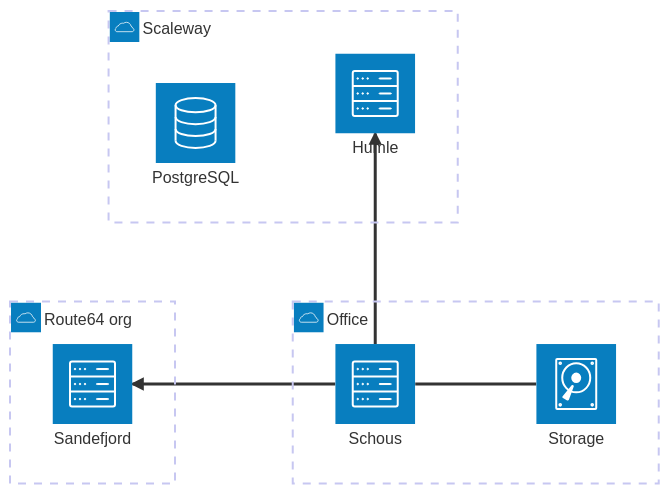
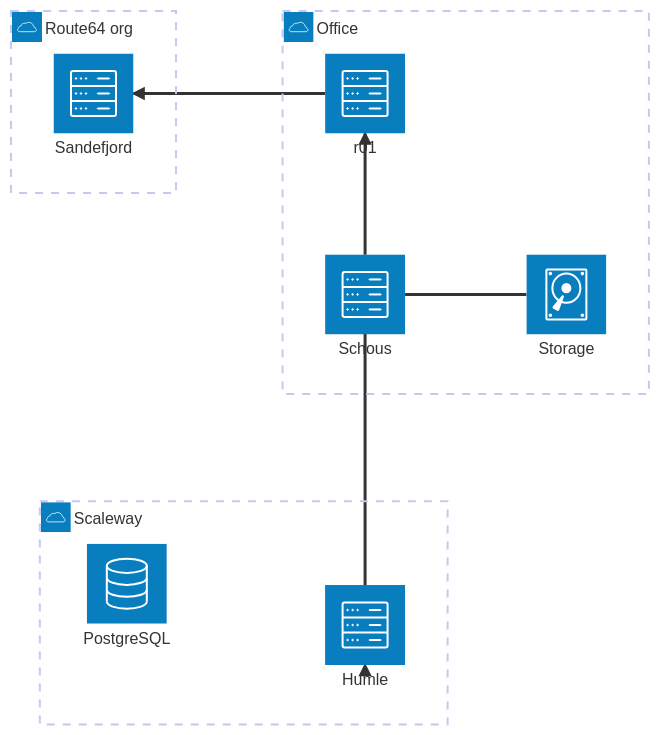
Before and after one commit to Scienta/infrastructure: the diagram in docs/diagrams.md, drawn with Mermaid. The commit also changed 5 other files, not shown here.

````diff
--- a/docs/diagrams.md
+++ b/docs/diagrams.md
@@ -3,19 +3,21 @@
 ```mermaid
 architecture-beta
     group scaleway(cloud)[Scaleway]
     service humle(server)[Humle] in scaleway
     service postgres(database)[PostgreSQL] in scaleway
 
     group route64(cloud)[Route64 org]
     service r64(server)[Sandefjord] in route64
 
     group office(cloud)[Office]
 
     service disk(disk)[Storage] in office
+    service r01(server)[r01] in office
     service schous(server)[Schous] in office
 
     humle:B <-- T:schous
-    r64:R <-- L:schous
+    r64:R <-- L:r01
+    r01:B <-- T:schous
 
     schous:R -- L:disk
 ```
````
